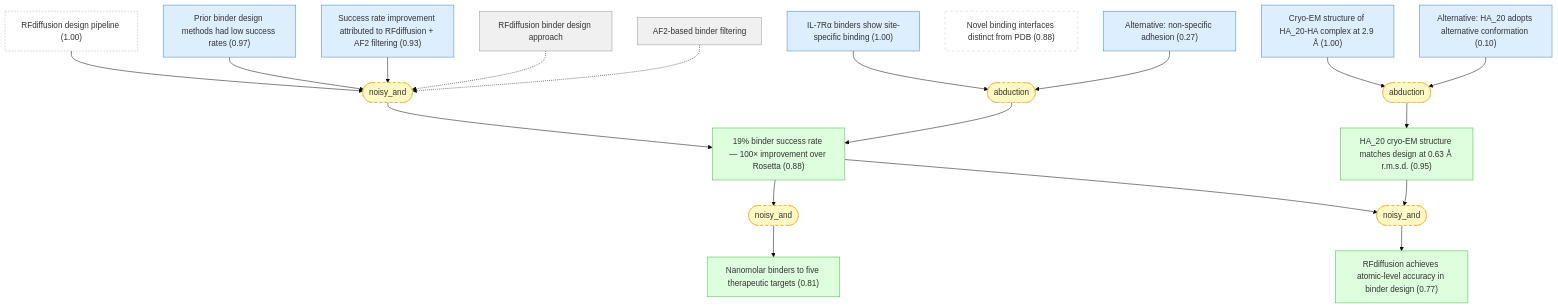
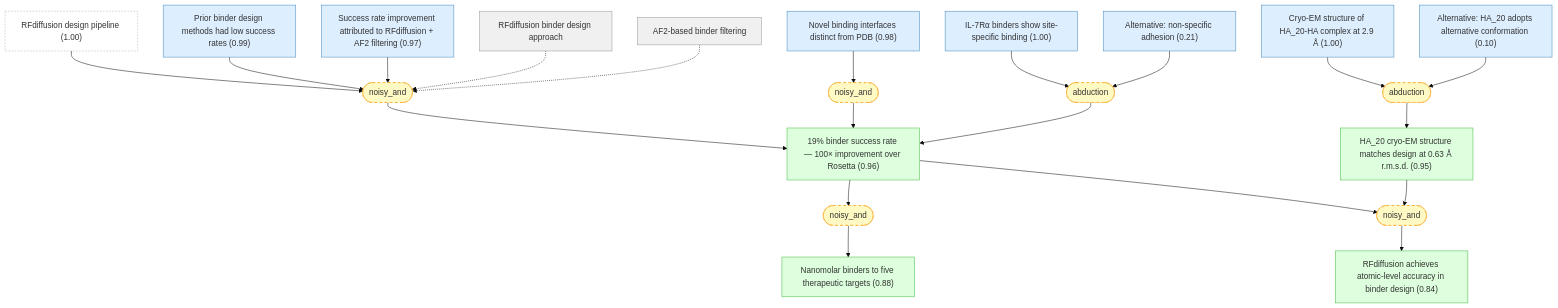
One commit to kunyuan/watson-rfdiffusion-2023-gaia changed the seventh of 8 diagrams in README.md. Above: the diagram before and after it, drawn with Mermaid (base theme). The commit also changed other lines of this file and 7 other files, not shown here.

First line of the commit message:
Connect remaining 5 orphaned claims into reasoning graph

````diff
--- a/README.md
+++ b/README.md
@@ -958,49 +976,52 @@
 ```mermaid
 graph TD
     pipeline_description["RFdiffusion design pipeline (1.00)"]:::external
     binder_design_approach["RFdiffusion binder design approach"]:::setting
     binder_filtering["AF2-based binder filtering"]:::setting
-    previous_binder_design_limitations["Prior binder design methods had low success rates (0.97)"]:::premise
-    binder_success_rate["19% binder success rate — 100× improvement over Rosetta (0.88)"]:::derived
-    binder_targets_and_affinities["Nanomolar binders to five therapeutic targets (0.81)"]:::derived
-    two_orders_attribution["Success rate improvement attributed to RFdiffusion + AF2 filtering (0.93)"]:::premise
+    previous_binder_design_limitations["Prior binder design methods had low success rates (0.99)"]:::premise
+    binder_success_rate["19% binder success rate — 100× improvement over Rosetta (0.96)"]:::derived
+    binder_targets_and_affinities["Nanomolar binders to five therapeutic targets (0.88)"]:::derived
+    two_orders_attribution["Success rate improvement attributed to RFdiffusion + AF2 filtering (0.97)"]:::premise
     binder_specificity["IL-7Rα binders show site-specific binding (1.00)"]:::premise
-    novel_interfaces["Novel binding interfaces distinct from PDB (0.88)"]:::orphan
+    novel_interfaces["Novel binding interfaces distinct from PDB (0.98)"]:::premise
     ha20_cryoem_structure["Cryo-EM structure of HA_20-HA complex at 2.9 Å (1.00)"]:::premise
     ha20_matches_design["HA_20 cryo-EM structure matches design at 0.63 Å r.m.s.d. (0.95)"]:::derived
-    ha20_atomic_accuracy["RFdiffusion achieves atomic-level accuracy in binder design (0.77)"]:::derived
-    alt_nonspecific_adhesion["Alternative: non-specific adhesion (0.27)"]:::premise
+    ha20_atomic_accuracy["RFdiffusion achieves atomic-level accuracy in binder design (0.84)"]:::derived
+    alt_nonspecific_adhesion["Alternative: non-specific adhesion (0.21)"]:::premise
     alt_ha20_alternative_conformation["Alternative: HA_20 adopts alternative conformation (0.10)"]:::premise
-    strat_23(["noisy_and"]):::weak
-    pipeline_description --> strat_23
-    previous_binder_design_limitations --> strat_23
-    two_orders_attribution --> strat_23
-    binder_design_approach -.-> strat_23
-    binder_filtering -.-> strat_23
-    strat_23 --> binder_success_rate
-    strat_24(["noisy_and"]):::weak
-    binder_success_rate --> strat_24
-    strat_24 --> binder_targets_and_affinities
-    strat_25(["abduction"]):::weak
-    binder_specificity --> strat_25
-    alt_nonspecific_adhesion --> strat_25
-    strat_25 --> binder_success_rate
-    strat_26(["abduction"]):::weak
-    ha20_cryoem_structure --> strat_26
-    alt_ha20_alternative_conformation --> strat_26
-    strat_26 --> ha20_matches_design
+    strat_26(["noisy_and"]):::weak
+    pipeline_description --> strat_26
+    previous_binder_design_limitations --> strat_26
+    two_orders_attribution --> strat_26
+    binder_design_approach -.-> strat_26
+    binder_filtering -.-> strat_26
+    strat_26 --> binder_success_rate
     strat_27(["noisy_and"]):::weak
-    ha20_matches_design --> strat_27
     binder_success_rate --> strat_27
-    strat_27 --> ha20_atomic_accuracy
+    strat_27 --> binder_targets_and_affinities
+    strat_28(["noisy_and"]):::weak
+    novel_interfaces --> strat_28
+    strat_28 --> binder_success_rate
+    strat_29(["abduction"]):::weak
+    binder_specificity --> strat_29
+    alt_nonspecific_adhesion --> strat_29
+    strat_29 --> binder_success_rate
+    strat_30(["abduction"]):::weak
+    ha20_cryoem_structure --> strat_30
+    alt_ha20_alternative_conformation --> strat_30
+    strat_30 --> ha20_matches_design
+    strat_31(["noisy_and"]):::weak
+    ha20_matches_design --> strat_31
+    binder_success_rate --> strat_31
+    strat_31 --> ha20_atomic_accuracy
 
     classDef setting fill:#f0f0f0,stroke:#999,color:#333
     classDef premise fill:#ddeeff,stroke:#4488bb,color:#333
     classDef derived fill:#ddffdd,stroke:#44bb44,color:#333
     classDef question fill:#fff3dd,stroke:#cc9944,color:#333
     classDef background fill:#f5f5f5,stroke:#bbb,stroke-dasharray: 5 5,color:#333
     classDef orphan fill:#fff,stroke:#ccc,stroke-dasharray: 5 5,color:#333
     classDef external fill:#fff,stroke:#aaa,stroke-dasharray: 3 3,color:#333
     classDef weak fill:#fff9c4,stroke:#f9a825,stroke-dasharray: 5 5,color:#333
     classDef contra fill:#ffebee,stroke:#c62828,color:#333
 ```
````
